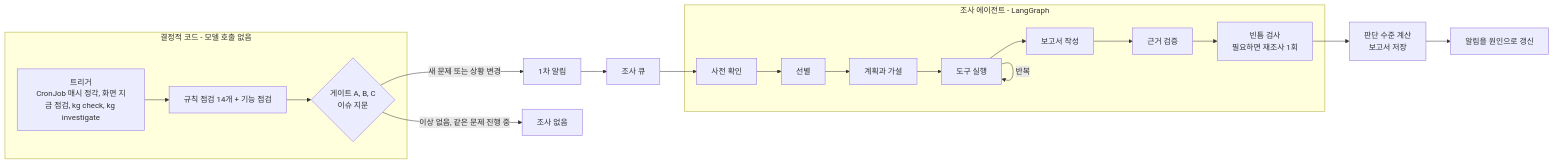
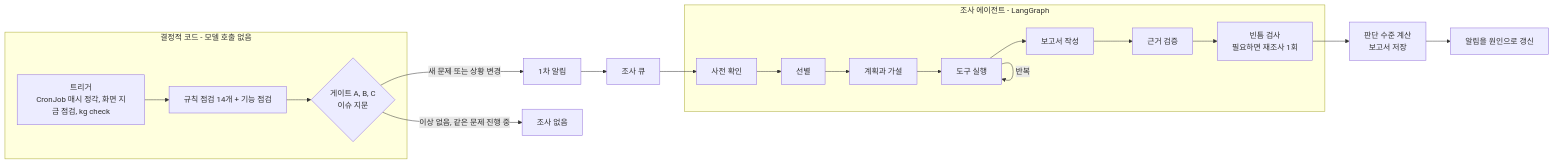
The first of 2 diagrams in docs/산출물/04-상세설계및개발환경구축.md (skax-jihyeryu/KubeGuardian), drawn with Mermaid before and after one commit. The commit also changed other lines of this file and 6 other files, not shown here.

````diff
--- a/docs/산출물/04-상세설계및개발환경구축.md
+++ b/docs/산출물/04-상세설계및개발환경구축.md
@@ -9,16 +9,16 @@
 ```mermaid
 flowchart LR
     subgraph 결정적 코드 - 모델 호출 없음
-        T[트리거<br/>CronJob 매시 정각, 화면 지금 점검, kg check, kg investigate] --> C[규칙 점검 14개 + 기능 점검]
+        T[트리거<br/>CronJob 매시 정각, 화면 지금 점검, kg check] --> C[규칙 점검 14개 + 기능 점검]
         C --> G{게이트 A, B, C<br/>이슈 지문}
     end
     subgraph 조사 에이전트 - LangGraph
         A0[사전 확인] --> A1[선별] --> A2[계획과 가설] --> A3[도구 실행]
         A3 -->|반복| A3
         A3 --> A5[보고서 작성] --> A6[근거 검증] --> A7[빈틈 검사<br/>필요하면 재조사 1회]
     end
     G -->|새 문제 또는 상황 변경| N1[1차 알림]
     N1 --> Q[조사 큐] --> A0
     G -->|이상 없음, 같은 문제 진행 중| X[조사 없음]
     A7 --> J[판단 수준 계산<br/>보고서 저장] --> N[알림을 원인으로 갱신]
 ```
````
